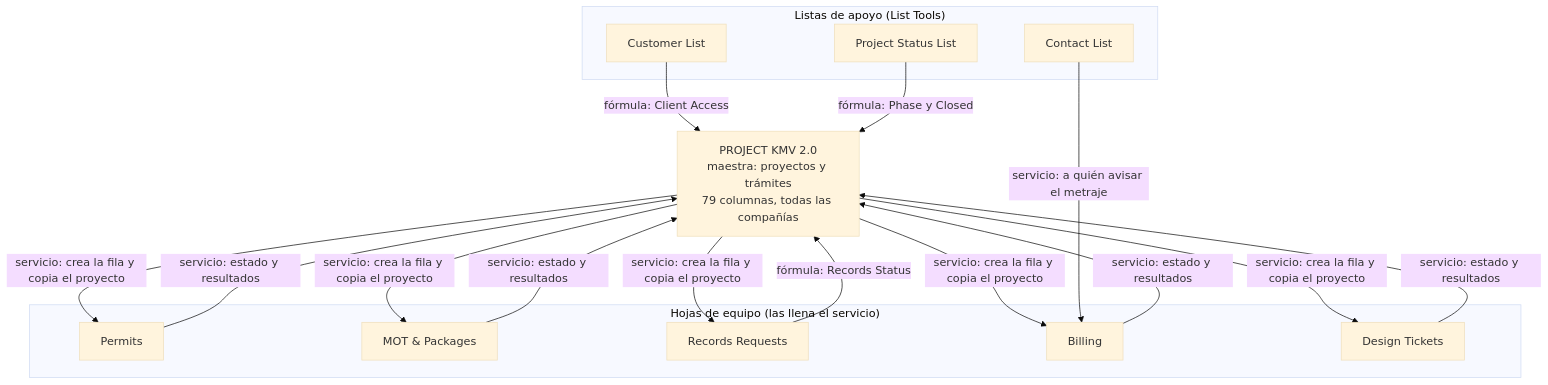
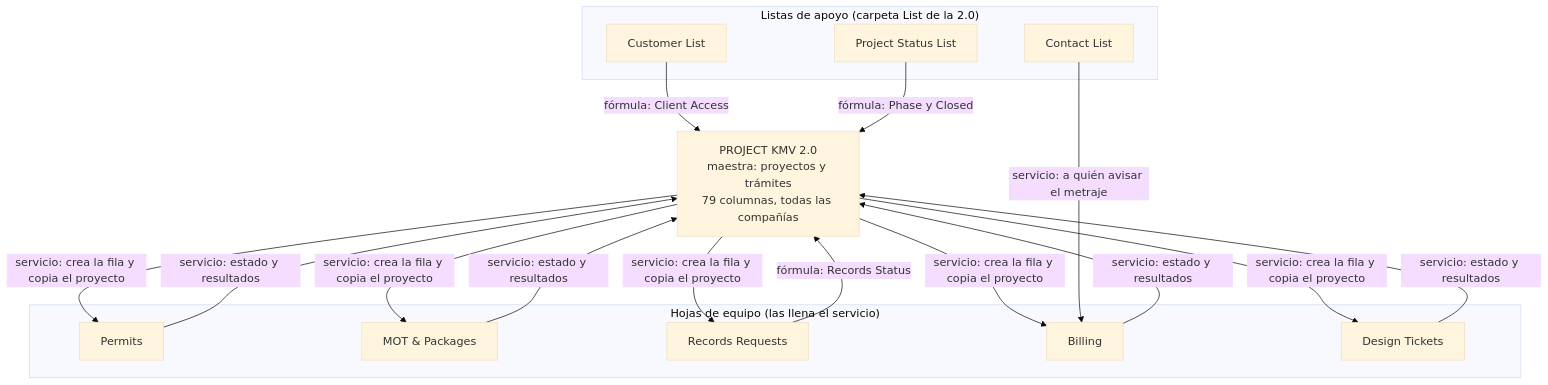
Before and after one commit to DioBrando0203/permisos_smartsheet: the first of 5 diagrams in backend/docs/mapa_2.0/DIAGRAMAS.md, drawn with Mermaid (base theme). The commit also changed 4 other files, not shown here.

Commit message:
docs: catálogos de la 2.0 en su carpeta List y propuesta de limpieza de Producto (K2-104)

````diff
--- a/backend/docs/mapa_2.0/DIAGRAMAS.md
+++ b/backend/docs/mapa_2.0/DIAGRAMAS.md
@@ -9,25 +9,25 @@
 ```mermaid
 flowchart TB
-    subgraph LISTAS["Listas de apoyo (List Tools)"]
+    subgraph LISTAS["Listas de apoyo (carpeta List de la 2.0)"]
         CUS["Customer List"]
         PSL["Project Status List"]
         CON["Contact List"]
     end
 
     M["PROJECT KMV 2.0<br/>maestra: proyectos y trámites<br/>79 columnas, todas las compañías"]
 
     subgraph EQUIPOS["Hojas de equipo (las llena el servicio)"]
         PER["Permits"]
         MOT["MOT #amp; Packages"]
         REC["Records Requests"]
         BIL["Billing"]
         DTK["Design Tickets"]
     end
 
     CUS -- "fórmula: Client Access" --> M
     PSL -- "fórmula: Phase y Closed" --> M
     REC -- "fórmula: Records Status" --> M
     M -- "servicio: crea la fila y copia el proyecto" --> PER & MOT & REC & BIL & DTK
     PER & MOT & BIL & DTK -- "servicio: estado y resultados" --> M
     CON -- "servicio: a quién avisar el metraje" --> BIL
 ```
````
